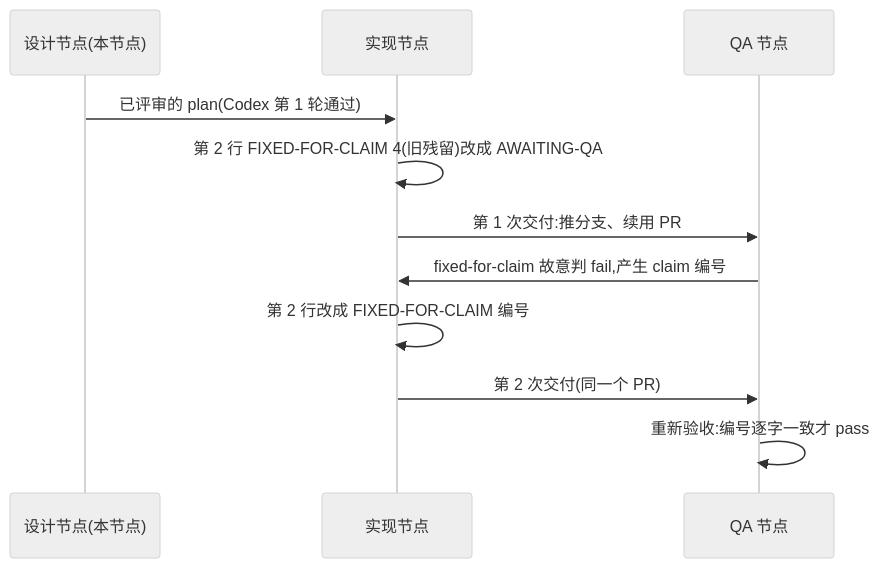
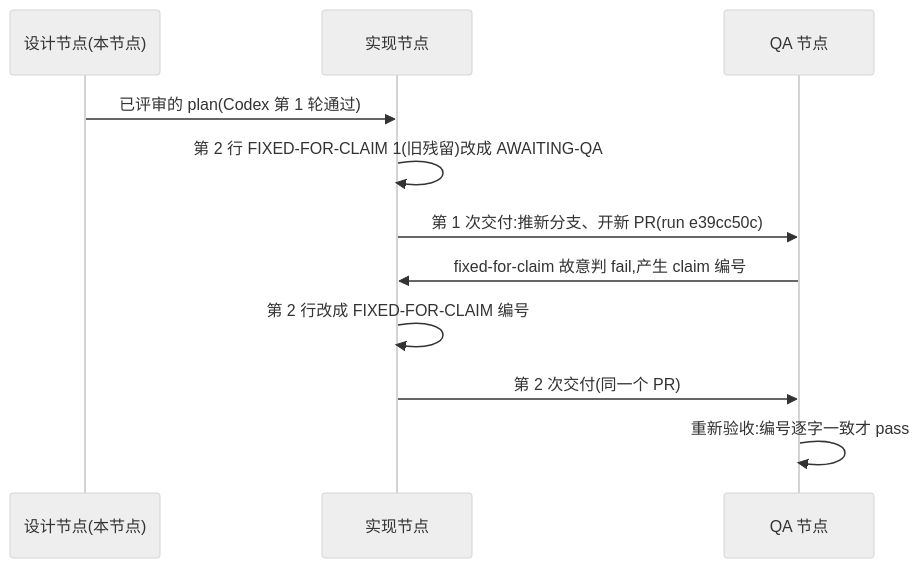
Before and after one commit to xrliAnnie/flywheel-qa-sandbox: the diagram in engineering/doc/FLY-3226-real-runner-drill/d1-core-flow.mmd, drawn with Mermaid (neutral theme). The commit also changed 4 other files, not shown here.

```diff
--- a/engineering/doc/FLY-3226-real-runner-drill/d1-core-flow.mmd
+++ b/engineering/doc/FLY-3226-real-runner-drill/d1-core-flow.mmd
@@ -1,11 +1,11 @@
 sequenceDiagram
     participant D as 设计节点(本节点)
     participant I as 实现节点
     participant Q as QA 节点
     D->>I: 已评审的 plan(Codex 第 1 轮通过)
-    I->>I: 第 2 行 FIXED-FOR-CLAIM 4(旧残留)改成 AWAITING-QA
-    I->>Q: 第 1 次交付:推分支、续用 PR #619(run 73d4b360)
+    I->>I: 第 2 行 FIXED-FOR-CLAIM 1(旧残留)改成 AWAITING-QA
+    I->>Q: 第 1 次交付:推新分支、开新 PR(run e39cc50c)
     Q->>I: fixed-for-claim 故意判 fail,产生 claim 编号
     I->>I: 第 2 行改成 FIXED-FOR-CLAIM 编号
     I->>Q: 第 2 次交付(同一个 PR)
     Q->>Q: 重新验收:编号逐字一致才 pass
```
